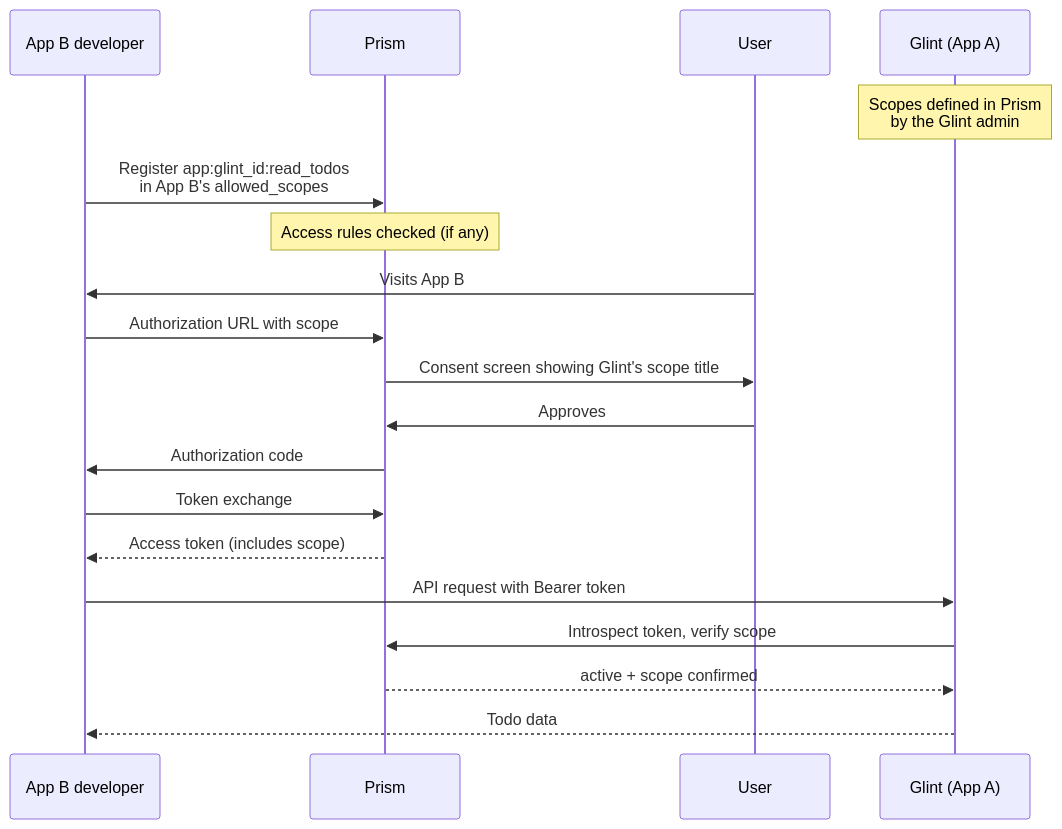
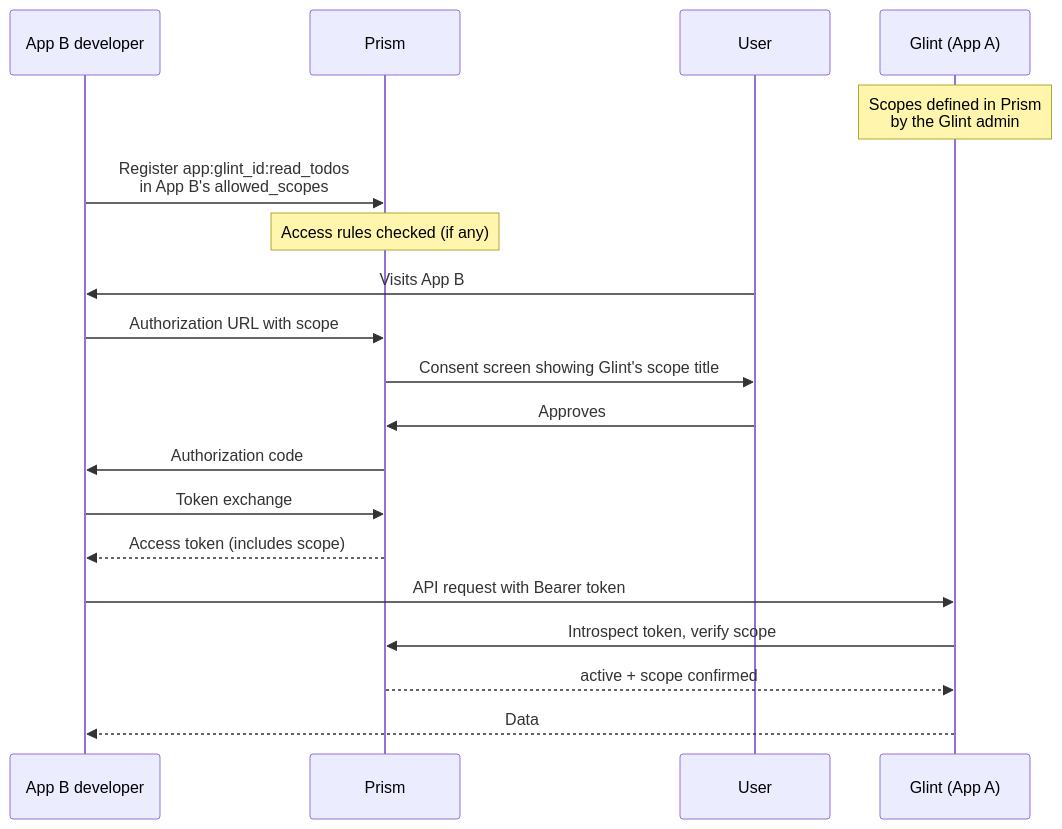
Before and after one commit to siiway/glint: the diagram in docs/guide/cross-app.md, drawn with Mermaid. The commit also changed other lines of this file and 4 other files, not shown here.

````diff
--- a/docs/guide/cross-app.md
+++ b/docs/guide/cross-app.md
@@ -21,25 +21,25 @@
 ```mermaid
 sequenceDiagram
   participant AppBOwner as App B developer
   participant Prism
   participant User
   participant Glint as Glint (App A)
 
   Note over Glint: Scopes defined in Prism<br/>by the Glint admin
 
   AppBOwner->>Prism: Register app:glint_id:read_todos<br/>in App B's allowed_scopes
   Note over Prism: Access rules checked (if any)
 
   User->>AppBOwner: Visits App B
   AppBOwner->>Prism: Authorization URL with scope
   Prism->>User: Consent screen showing Glint's scope title
   User->>Prism: Approves
   Prism->>AppBOwner: Authorization code
   AppBOwner->>Prism: Token exchange
   Prism-->>AppBOwner: Access token (includes scope)
 
   AppBOwner->>Glint: API request with Bearer token
   Glint->>Prism: Introspect token, verify scope
   Prism-->>Glint: active + scope confirmed
-  Glint-->>AppBOwner: Todo data
+  Glint-->>AppBOwner: Data
 ```
````
